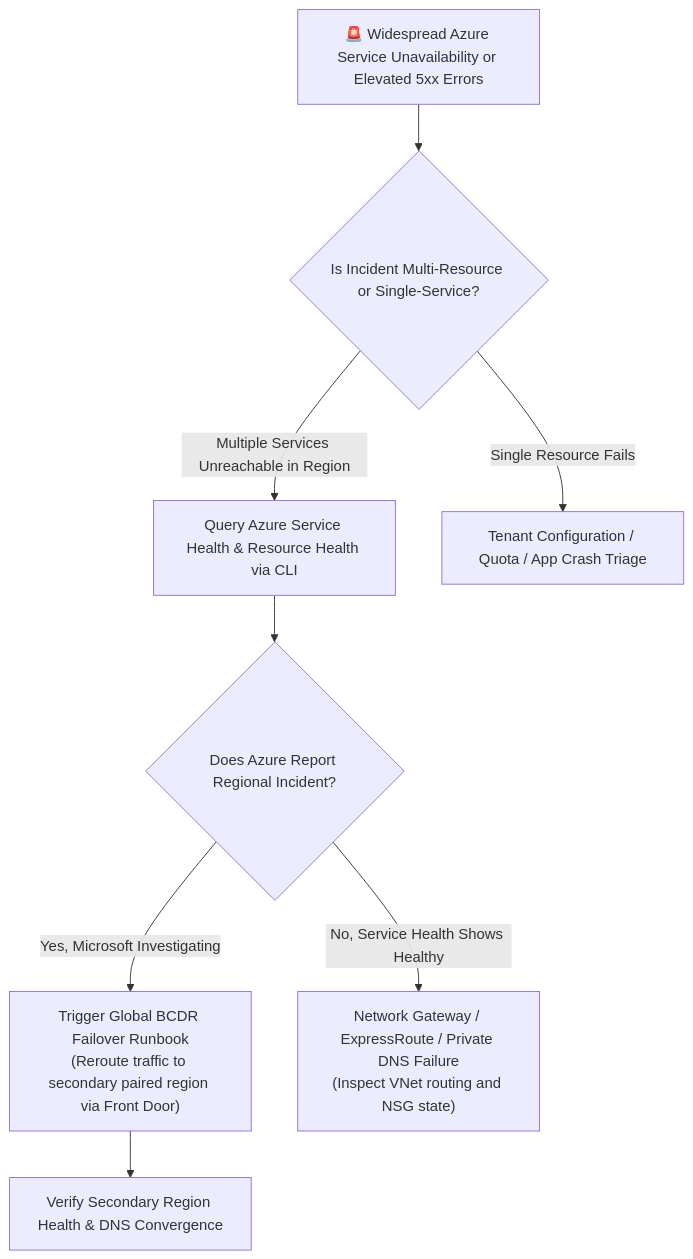
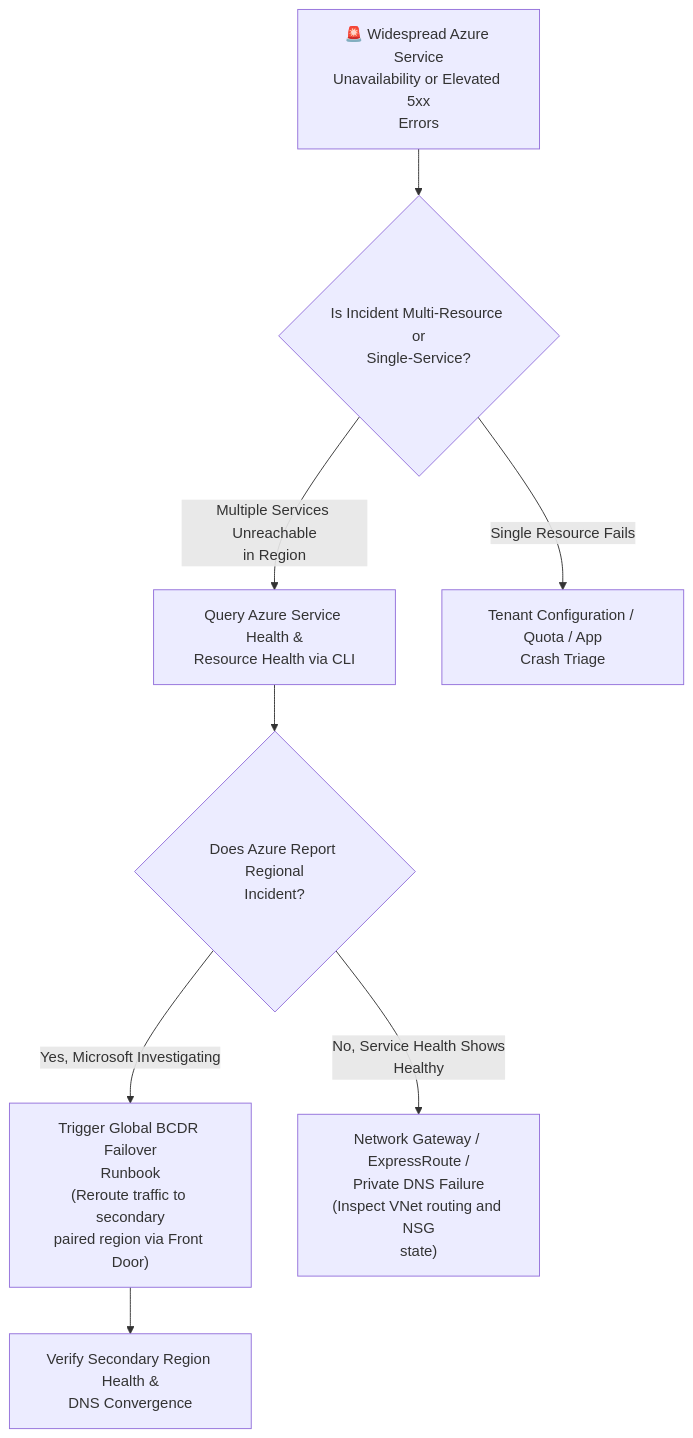
Before and after one commit to santoshjammi29/azure-cheat-sheet: the diagram in runbooks/01_service_outage_and_resource_health_triage.md, drawn with Mermaid. The commit also changed 15 other files, not shown here.

Commit message:
fix(diagrams): word-wrap labels and escape comparison operators across all diagrams

````diff
--- a/runbooks/01_service_outage_and_resource_health_triage.md
+++ b/runbooks/01_service_outage_and_resource_health_triage.md
@@ -11,13 +11,13 @@
 ```mermaid
 flowchart TD
-    OutageAlert["🚨 Widespread Azure Service Unavailability or Elevated 5xx Errors"] --> CheckScope{"Is Incident Multi-Resource or Single-Service?"}
+    OutageAlert["🚨 Widespread Azure Service<br/>Unavailability or Elevated 5xx<br/>Errors"] --> CheckScope{"Is Incident Multi-Resource or<br/>Single-Service?"}
 
-    CheckScope -->|"Multiple Services Unreachable in Region"| ServiceHealthCheck["Query Azure Service Health & Resource Health via CLI"]
-    CheckScope -->|"Single Resource Fails"| TenantTriage["Tenant Configuration / Quota / App Crash Triage"]
+    CheckScope -->|"Multiple Services Unreachable<br/>in Region"| ServiceHealthCheck["Query Azure Service Health &<br/>Resource Health via CLI"]
+    CheckScope -->|"Single Resource Fails"| TenantTriage["Tenant Configuration / Quota / App<br/>Crash Triage"]
 
-    ServiceHealthCheck --> IsRegionalOutage{"Does Azure Report Regional Incident?"}
-    IsRegionalOutage -->|"Yes, Microsoft Investigating"| FailoverTrigger["Trigger Global BCDR Failover Runbook<br/>(Reroute traffic to secondary paired region via Front Door)"]
-    IsRegionalOutage -->|"No, Service Health Shows Healthy"| DeepInspect["Network Gateway / ExpressRoute / Private DNS Failure<br/>(Inspect VNet routing and NSG state)"]
+    ServiceHealthCheck --> IsRegionalOutage{"Does Azure Report Regional<br/>Incident?"}
+    IsRegionalOutage -->|"Yes, Microsoft Investigating"| FailoverTrigger["Trigger Global BCDR Failover<br/>Runbook<br/>(Reroute traffic to secondary<br/>paired region via Front Door)"]
+    IsRegionalOutage -->|"No, Service Health Shows<br/>Healthy"| DeepInspect["Network Gateway / ExpressRoute /<br/>Private DNS Failure<br/>(Inspect VNet routing and NSG<br/>state)"]
 
-    FailoverTrigger --> VerifySecondary["Verify Secondary Region Health & DNS Convergence"]
+    FailoverTrigger --> VerifySecondary["Verify Secondary Region Health &<br/>DNS Convergence"]
 ```
````
